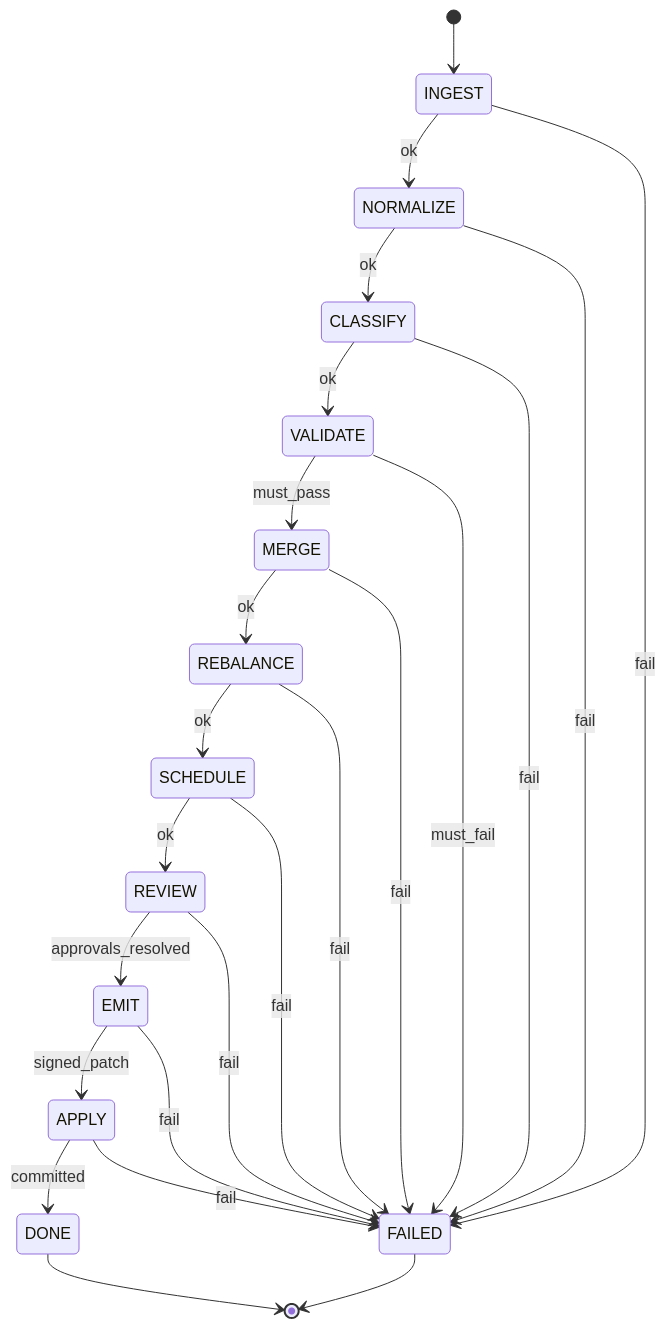
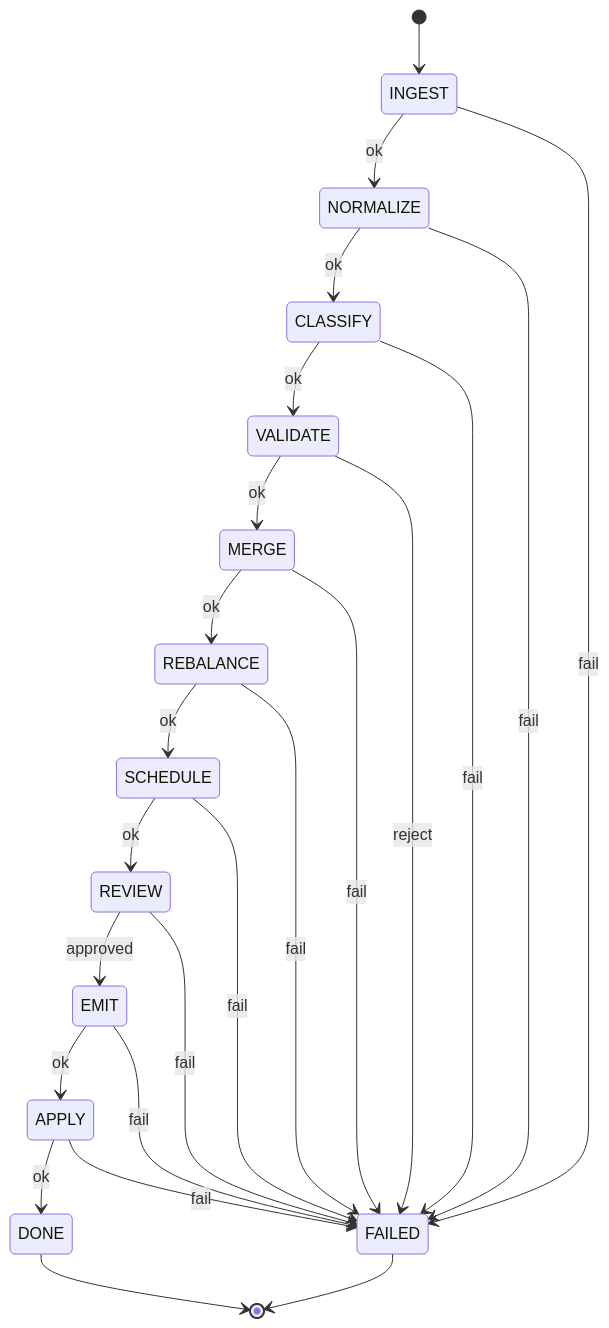
The diagram in docs/diagrams/orchestration-fsm.mmd (flyingrobots/xyph), drawn with Mermaid before and after one commit. The commit also changed 42 other files, not shown here.

First line of the commit message:
fix: address PR review feedback — docs, diagrams, keyring validation (WVR-006)

```diff
--- a/docs/diagrams/orchestration-fsm.mmd
+++ b/docs/diagrams/orchestration-fsm.mmd
@@ -1,34 +1,34 @@
 stateDiagram-v2
     [*] --> INGEST
     INGEST --> NORMALIZE: ok
     INGEST --> FAILED: fail
 
     NORMALIZE --> CLASSIFY: ok
     NORMALIZE --> FAILED: fail
 
     CLASSIFY --> VALIDATE: ok
     CLASSIFY --> FAILED: fail
 
-    VALIDATE --> MERGE: must_pass
-    VALIDATE --> FAILED: must_fail
+    VALIDATE --> MERGE: ok
+    VALIDATE --> FAILED: reject
 
     MERGE --> REBALANCE: ok
     MERGE --> FAILED: fail
 
     REBALANCE --> SCHEDULE: ok
     REBALANCE --> FAILED: fail
 
     SCHEDULE --> REVIEW: ok
     SCHEDULE --> FAILED: fail
 
-    REVIEW --> EMIT: approvals_resolved
+    REVIEW --> EMIT: approved
     REVIEW --> FAILED: fail
 
-    EMIT --> APPLY: signed_patch
+    EMIT --> APPLY: ok
     EMIT --> FAILED: fail
 
-    APPLY --> DONE: committed
+    APPLY --> DONE: ok
     APPLY --> FAILED: fail
 
     DONE --> [*]
     FAILED --> [*]
```
